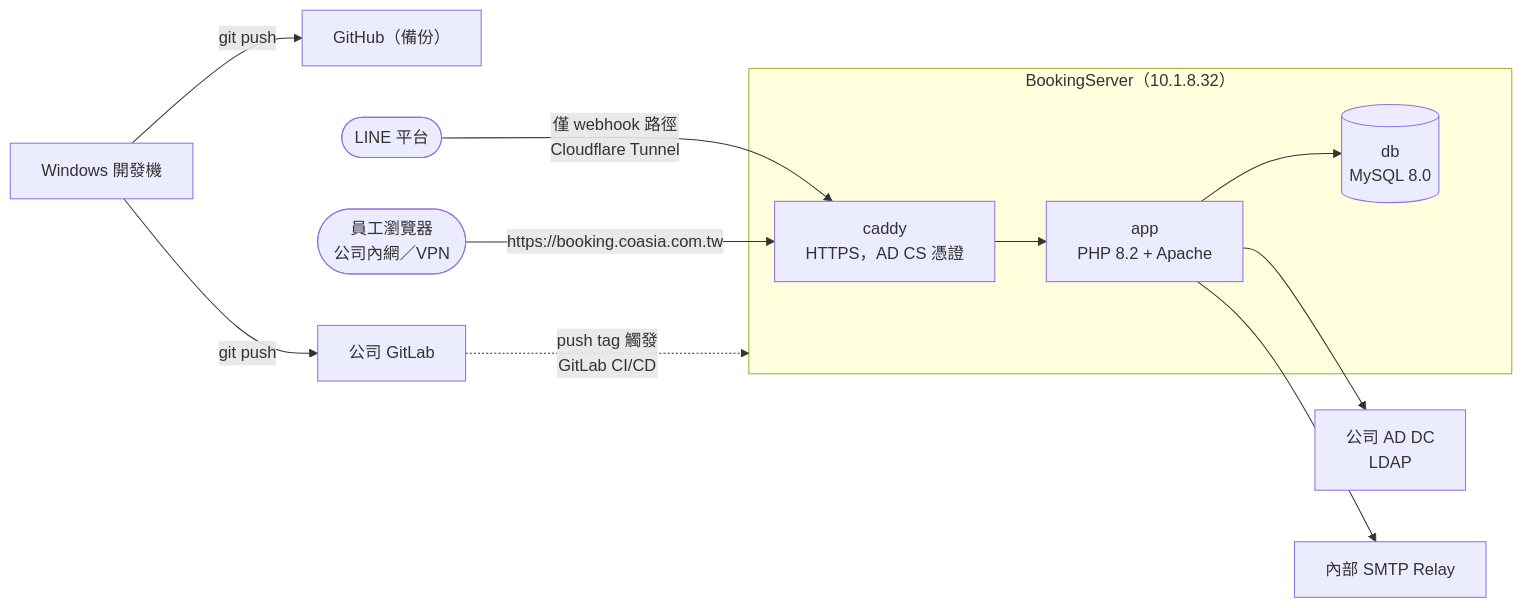
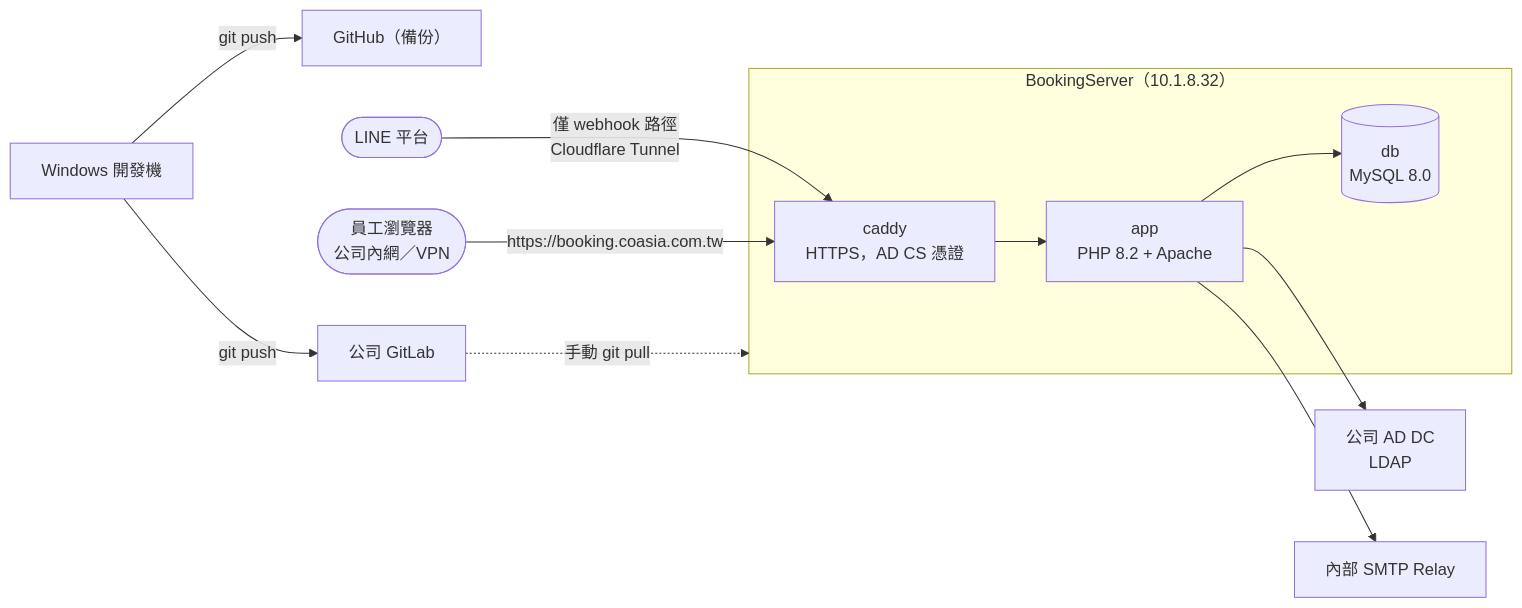
The diagram in README.md (Shawn0604/LibreBooking-CoAsia), drawn with Mermaid before and after one commit. The commit also changed other lines of this file and 2 other files, not shown here.

First line of the commit message:
chore: remove GitLab CI/CD, revert to manual deploy

````diff
--- a/README.md
+++ b/README.md
@@ -103,15 +101,15 @@
 ```mermaid
 flowchart LR
     Dev["Windows 開發機"] -->|git push| GH["GitHub（備份）"]
     Dev -->|git push| GL["公司 GitLab"]
-    GL -.->|"push tag 觸發<br/>GitLab CI/CD"| VM
+    GL -.->|"手動 git pull"| VM
     LINE(["LINE 平台"]) -->|"僅 webhook 路徑<br/>Cloudflare Tunnel"| Caddy
 
     subgraph VM["BookingServer（10.1.8.32）"]
         Caddy["caddy<br/>HTTPS，AD CS 憑證"] --> App["app<br/>PHP 8.2 + Apache"] --> DB[("db<br/>MySQL 8.0")]
     end
 
     User(["員工瀏覽器<br/>公司內網／VPN"]) -->|"https://booking.coasia.com.tw"| Caddy
     App --> DC["公司 AD DC<br/>LDAP"]
     App --> SMTP["內部 SMTP Relay"]
 ```
````
